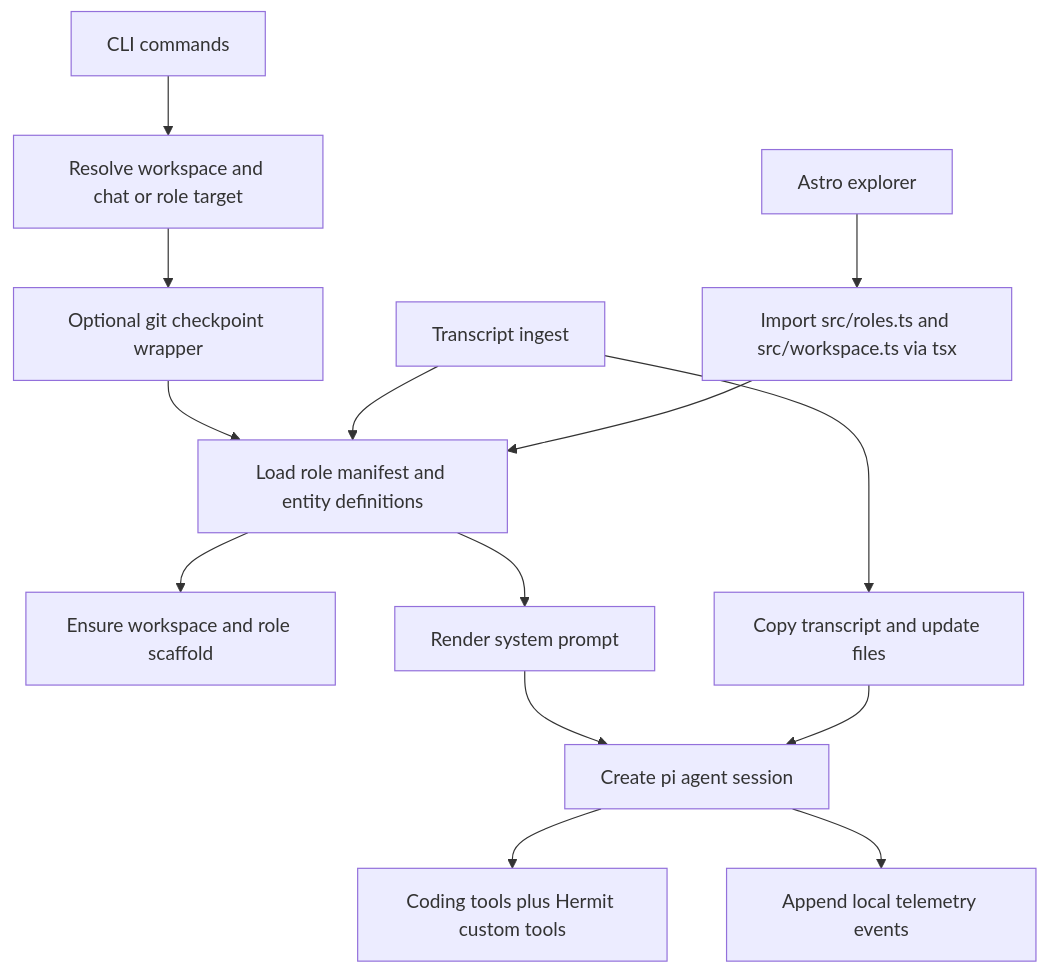
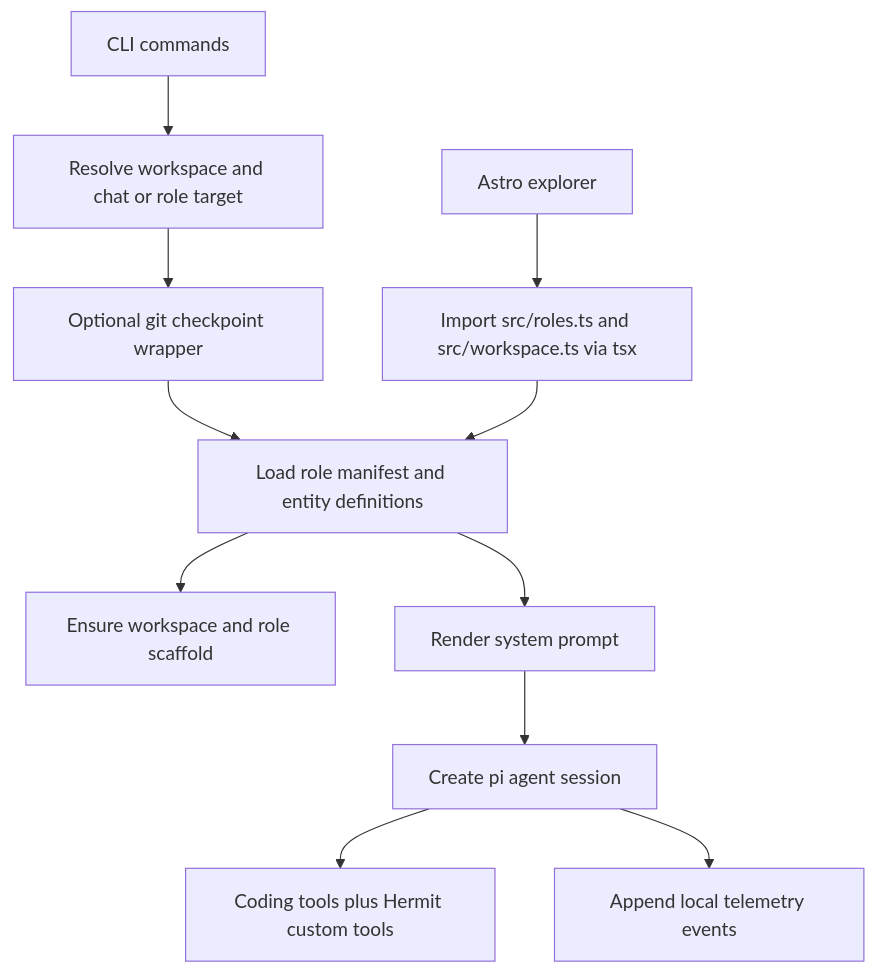
Before and after one commit to benschrauwen/hermit: the diagram in docs/architecture.md, drawn with Mermaid. The commit also changed other lines of this file and 45 other files, not shown here.

````diff
--- a/docs/architecture.md
+++ b/docs/architecture.md
@@ -63,16 +63,13 @@
 ```mermaid
 flowchart TD
   cli[CLI commands] --> resolve[Resolve workspace and chat or role target]
   resolve --> checkpoint[Optional git checkpoint wrapper]
   checkpoint --> load[Load role manifest and entity definitions]
   load --> scaffold[Ensure workspace and role scaffold]
   load --> prompt[Render system prompt]
   prompt --> session[Create pi agent session]
   session --> tools[Coding tools plus Hermit custom tools]
   session --> telemetry[Append local telemetry events]
-  ingest[Transcript ingest] --> load
-  ingest --> files[Copy transcript and update files]
-  files --> session
   explorer[Astro explorer] --> source[Import src/roles.ts and src/workspace.ts via tsx]
   source --> load
 ```
````
